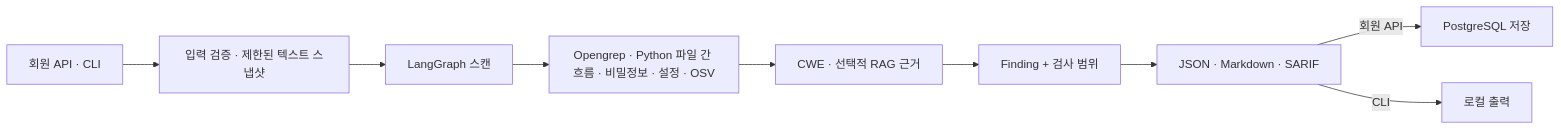
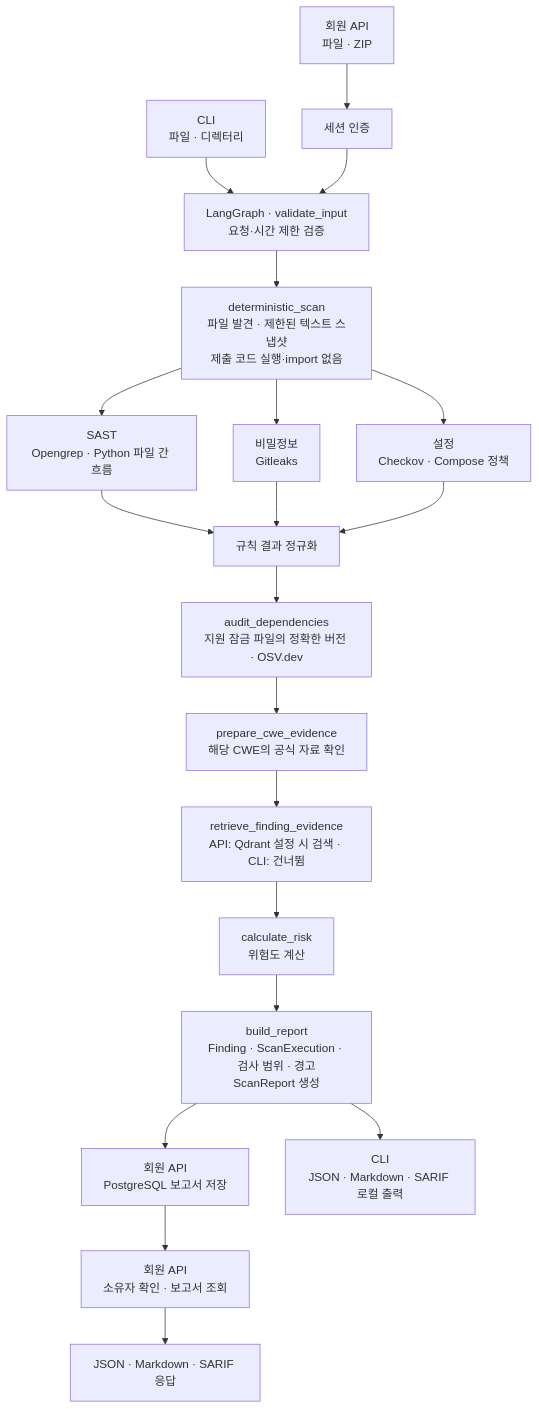
The diagram in README.md (taehyeon-git/SecRAGraph), drawn with Mermaid before and after one commit. The commit also changed other lines of this file, not shown here.

First line of the commit message:
Polish README with top-down architecture (#29)

````diff
--- a/README.md
+++ b/README.md
@@ -32,11 +33,24 @@
 ```mermaid
-flowchart LR
-  A["회원 API · CLI"] --> B["입력 검증 · 제한된 텍스트 스냅샷"]
-  B --> C["LangGraph 스캔"]
-  C --> D["Opengrep · Python 파일 간 흐름 · 비밀정보 · 설정 · OSV"]
-  D --> E["CWE · 선택적 RAG 근거"]
-  E --> F["Finding + 검사 범위"]
-  F --> G["JSON · Markdown · SARIF"]
-  G -->|회원 API| H["PostgreSQL 저장"]
-  G -->|CLI| I["로컬 출력"]
+flowchart TD
+  API["회원 API<br/>파일 · ZIP"] --> AUTH["세션 인증"]
+  CLI["CLI<br/>파일 · 디렉터리"] --> INPUT["LangGraph · validate_input<br/>요청·시간 제한 검증"]
+  AUTH --> INPUT
+  INPUT --> SNAP["deterministic_scan<br/>파일 발견 · 제한된 텍스트 스냅샷<br/>제출 코드 실행·import 없음"]
+
+  SNAP --> SAST["SAST<br/>Opengrep · Python 파일 간 흐름"]
+  SNAP --> SECRET["비밀정보<br/>Gitleaks"]
+  SNAP --> CONFIG["설정<br/>Checkov · Compose 정책"]
+
+  SAST --> NORMAL["규칙 결과 정규화"]
+  SECRET --> NORMAL
+  CONFIG --> NORMAL
+  NORMAL --> OSV["audit_dependencies<br/>지원 잠금 파일의 정확한 버전 · OSV.dev"]
+  OSV --> CWE["prepare_cwe_evidence<br/>해당 CWE의 공식 자료 확인"]
+  CWE --> RAG["retrieve_finding_evidence<br/>API: Qdrant 설정 시 검색 · CLI: 건너뜀"]
+  RAG --> RISK["calculate_risk<br/>위험도 계산"]
+  RISK --> REPORT["build_report<br/>Finding · ScanExecution · 검사 범위 · 경고<br/>ScanReport 생성"]
+  REPORT --> DB["회원 API<br/>PostgreSQL 보고서 저장"]
+  DB --> VIEW["회원 API<br/>소유자 확인 · 보고서 조회"]
+  VIEW --> API_FORMAT["JSON · Markdown · SARIF 응답"]
+  REPORT --> CLI_FORMAT["CLI<br/>JSON · Markdown · SARIF 로컬 출력"]
 ```
````
